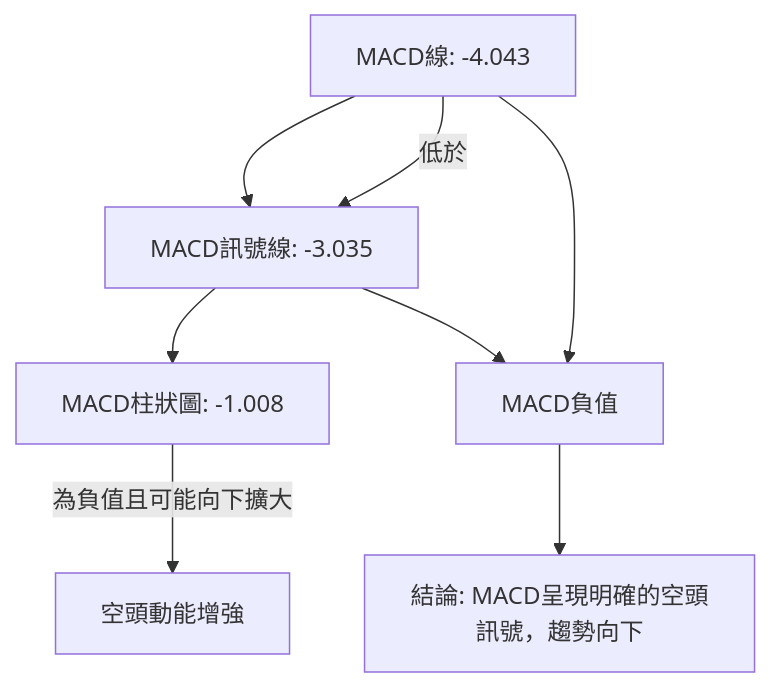
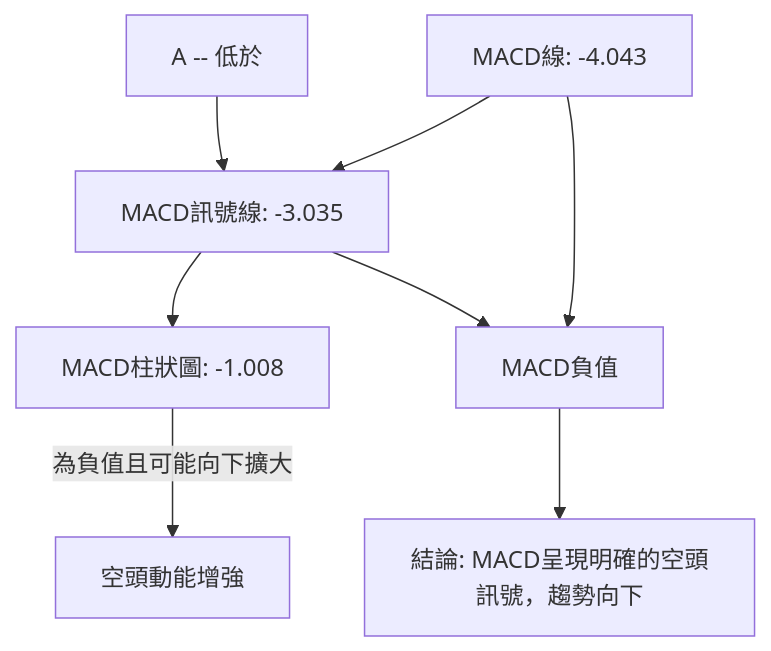
Before and after one commit to yennanliu/finance_data: the eighth of 12 diagrams in ai_gen_report/stock/nvda/technical_analysis_2026-07-03_gemini.md, drawn with Mermaid. The commit also changed other lines of this file and 2258 other files, not shown here.

First line of the commit message:
chore: backfill Mermaid syntax repair across existing reports

````diff
--- a/ai_gen_report/stock/nvda/technical_analysis_2026-07-03_gemini.md
+++ b/ai_gen_report/stock/nvda/technical_analysis_2026-07-03_gemini.md
@@ -504,10 +504,10 @@
 ```mermaid
 graph TD
-    A[MACD線: -4.043] --> B[MACD訊號線: -3.035]
-    A -- 低於 --> B
-    B --> C[MACD柱狀圖: -1.008]
-    C -- 為負值且可能向下擴大 --> D[空頭動能增強]
-    A --> E[MACD負值]
+    A["MACD線: -4.043"] --> B["MACD訊號線: -3.035"]
+    nb1["A -- 低於"] --> B
+    B --> C["MACD柱狀圖: -1.008"]
+    C -- 為負值且可能向下擴大 --> D["空頭動能增強"]
+    A --> E["MACD負值"]
     B --> E
-    E --> F[結論: MACD呈現明確的空頭訊號，趨勢向下]
+    E --> F["結論: MACD呈現明確的空頭訊號，趨勢向下"]
 ```
````
